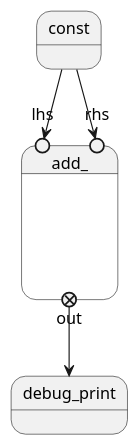
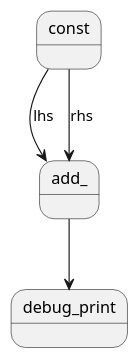
The diagram in docs/python/program_anatomy.md (hhenson/hgraph), drawn with PlantUML before and after one commit. The commit also changed other lines of this file and 1 other file, not shown here.

Commit message:
Extract image

````diff
--- a/docs/python/program_anatomy.md
+++ b/docs/python/program_anatomy.md
@@ -48,19 +51,16 @@
 ```plantuml
-@startuml
+@startuml what_is_1_1
 state const {
 }
 state add_ {
-    state rhs <<entryPoint>>
-    state lhs <<entryPoint>>
-    state out <<exitPoint>>
 }
 
 state debug_print {
 }
 
-const --> lhs 
-const --> rhs 
-out --> debug_print
+const --> add_ : lhs 
+const --> add_ : rhs 
+add_ --> debug_print
 
 @enduml
 ```
````
